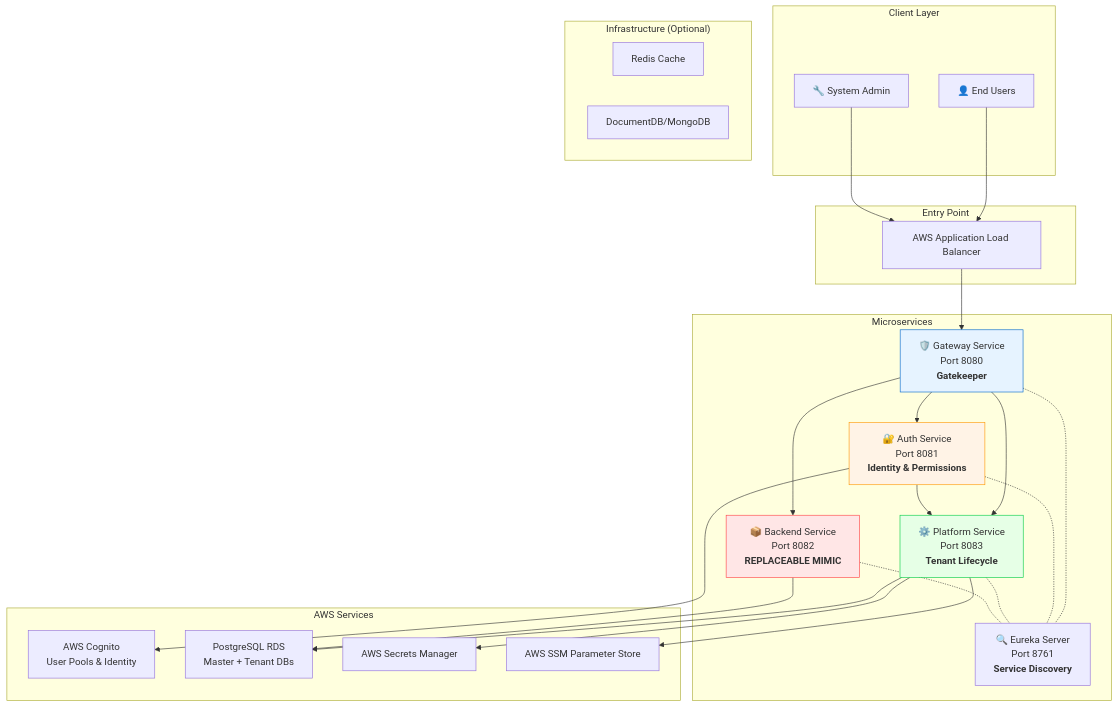
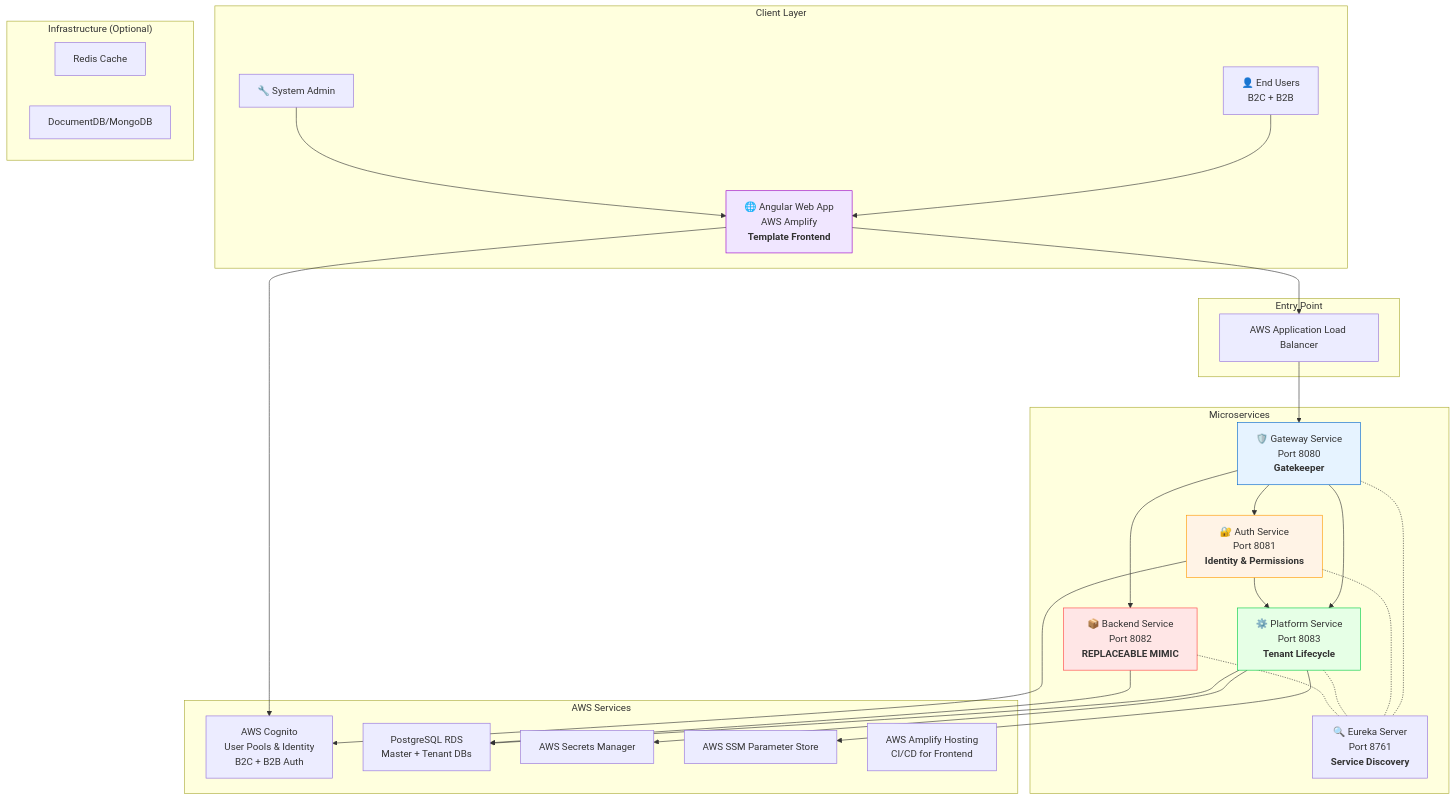
The first of 3 diagrams in HLD.md (pawanraocse/aws-infra), drawn with Mermaid before and after one commit. The commit also changed other lines of this file and 3 other files, not shown here.

Commit message:
Expanded HLD with Angular frontend details; updated architecture diagram for B2B/B2C flows and AWS Amplify integration; documented frontend features and multi-tenant support

````diff
--- a/HLD.md
+++ b/HLD.md
@@ -23,57 +25,62 @@
 ```mermaid
 graph TB
     subgraph "Client Layer"
-        User[👤 End Users]
+        WebApp[🌐 Angular Web App<br/>AWS Amplify<br/><b>Template Frontend</b>]
+        User[👤 End Users<br/>B2C + B2B]
         Admin[🔧 System Admin]
     end
     
     subgraph "Entry Point"
         ALB[AWS Application Load Balancer]
     end
     
     subgraph "Microservices"
         Gateway[🛡️ Gateway Service<br/>Port 8080<br/><b>Gatekeeper</b>]
         Auth[🔐 Auth Service<br/>Port 8081<br/><b>Identity & Permissions</b>]
         Platform[⚙️ Platform Service<br/>Port 8083<br/><b>Tenant Lifecycle</b>]
         Backend[📦 Backend Service<br/>Port 8082<br/><b>REPLACEABLE MIMIC</b>]
         Eureka[🔍 Eureka Server<br/>Port 8761<br/><b>Service Discovery</b>]
     end
     
     subgraph "AWS Services"
-        Cognito[AWS Cognito<br/>User Pools & Identity]
+        Cognito[AWS Cognito<br/>User Pools & Identity<br/>B2C + B2B Auth]
         RDS[PostgreSQL RDS<br/>Master + Tenant DBs]
         SecretsManager[AWS Secrets Manager]
         SSM[AWS SSM Parameter Store]
+        Amplify[AWS Amplify Hosting<br/>CI/CD for Frontend]
     end
     
     subgraph "Infrastructure (Optional)"
         Redis[Redis Cache]
         DocumentDB[DocumentDB/MongoDB]
     end
     
-    User --> ALB
-    Admin --> ALB
+    User --> WebApp
+    Admin --> WebApp
+    WebApp --> Cognito
+    WebApp --> ALB
     ALB --> Gateway
     
     Gateway --> Auth
     Gateway --> Platform
     Gateway --> Backend
     
     Gateway -.- Eureka
     Auth -.- Eureka
     Platform -.- Eureka
     Backend -.- Eureka
     
     Auth --> Cognito
     Auth --> Platform
     Platform --> RDS
     Backend --> RDS
     
     Platform --> SecretsManager
     Platform --> SSM
     
     style Backend fill:#ffe6e6,stroke:#ff4444
     style Gateway fill:#e6f3ff,stroke:#0066cc
     style Auth fill:#fff3e6,stroke:#ff9900
     style Platform fill:#e6ffe6,stroke:#00cc44
+    style WebApp fill:#f0e6ff,stroke:#9900cc
 ```
````
